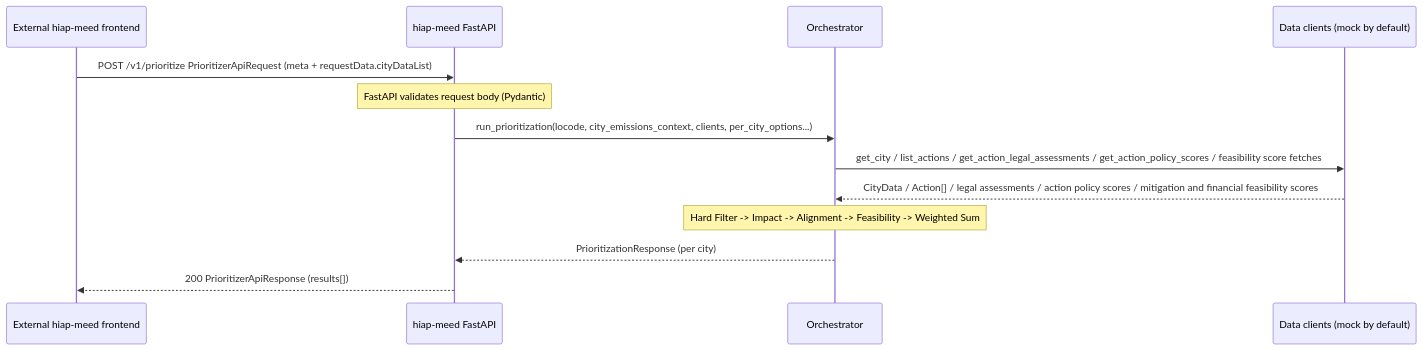
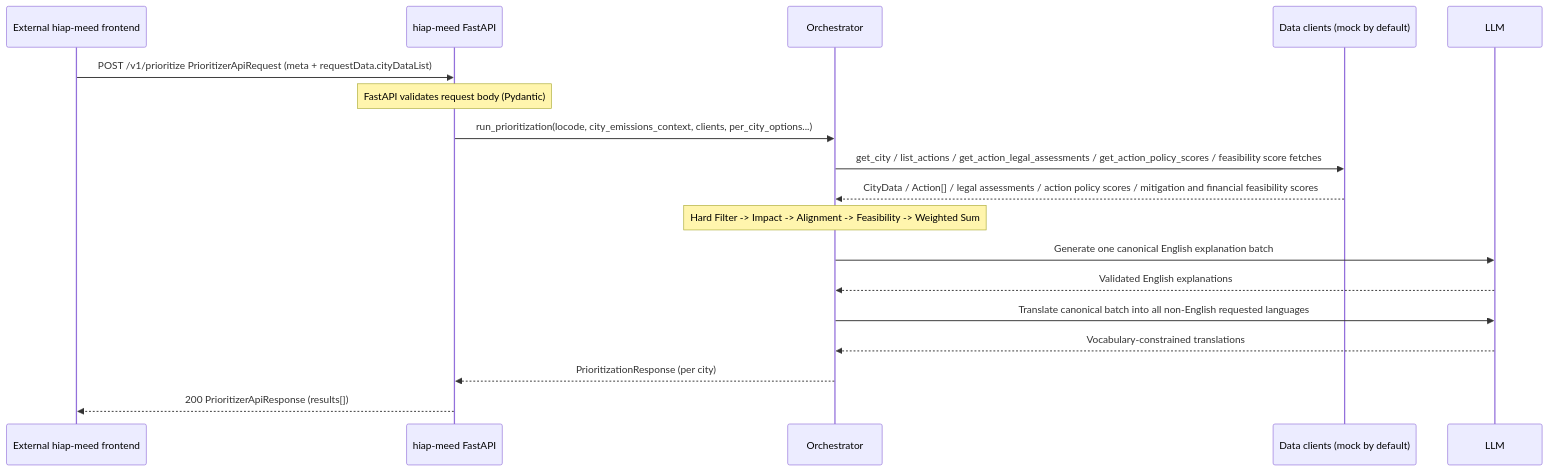
One commit to Open-Earth-Foundation/CityCatalyst changed the third of 4 diagrams in hiap-meed/docs/service-architecture.md. Above: the diagram before and after it, drawn with Mermaid. The commit also changed 28 other files, not shown here.

````diff
--- a/hiap-meed/docs/service-architecture.md
+++ b/hiap-meed/docs/service-architecture.md
@@ -122,16 +122,20 @@
 ```mermaid
 sequenceDiagram
     participant FE as External hiap-meed frontend
     participant API as hiap-meed FastAPI
     participant Orch as Orchestrator
     participant Clients as Data clients (mock by default)
 
     FE->>API: POST /v1/prioritize PrioritizerApiRequest (meta + requestData.cityDataList)
     Note over API: FastAPI validates request body (Pydantic)
     API->>Orch: run_prioritization(locode, city_emissions_context, clients, per_city_options...)
     Orch->>Clients: get_city / list_actions / get_action_legal_assessments / get_action_policy_scores / feasibility score fetches
     Clients-->>Orch: CityData / Action[] / legal assessments / action policy scores / mitigation and financial feasibility scores
     Note over Orch: Hard Filter -> Impact -> Alignment -> Feasibility -> Weighted Sum
+    Orch->>LLM: Generate one canonical English explanation batch
+    LLM-->>Orch: Validated English explanations
+    Orch->>LLM: Translate canonical batch into all non-English requested languages
+    LLM-->>Orch: Vocabulary-constrained translations
     Orch-->>API: PrioritizationResponse (per city)
     API-->>FE: 200 PrioritizerApiResponse (results[])
 ```
````
